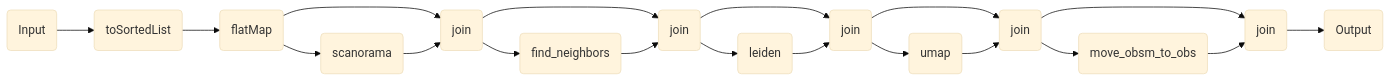
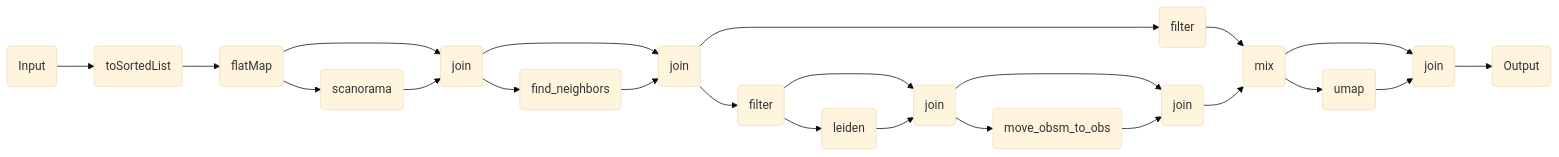
Before and after one commit to openpipelines-bio/website: the diagram in components/workflows/multiomics/integration/scanorama_leiden.qmd, drawn with Mermaid (base theme). The commit also changed other lines of this file and 92 other files, not shown here.

````diff
--- a/components/workflows/multiomics/integration/scanorama_leiden.qmd
+++ b/components/workflows/multiomics/integration/scanorama_leiden.qmd
@@ -157,37 +157,44 @@
 ```{mermaid}
 %%| column: screen-inset-shaded
 flowchart LR
     p0(Input)
     p2(toSortedList)
     p4(flatMap)
-    p11(scanorama)
-    p13(join)
-    p21(find_neighbors)
-    p23(join)
+    p10(scanorama)
+    p12(join)
+    p20(find_neighbors)
+    p22(join)
+    p25(filter)
     p31(leiden)
     p33(join)
-    p41(umap)
+    p41(move_obsm_to_obs)
     p43(join)
-    p51(move_obsm_to_obs)
-    p53(join)
-    p60(Output)
+    p47(mix)
+    p46(filter)
+    p53(umap)
+    p55(join)
+    p61(Output)
+    p46-->p47
     p0-->p2
     p2-->p4
-    p4-->p13
-    p4-->p11
-    p11-->p13
-    p13-->p23
-    p13-->p21
-    p21-->p23
-    p23-->p33
-    p23-->p31
+    p4-->p12
+    p4-->p10
+    p10-->p12
+    p12-->p22
+    p12-->p20
+    p20-->p22
+    p22-->p25
+    p22-->p46
+    p25-->p33
+    p25-->p31
     p31-->p33
     p33-->p43
     p33-->p41
     p41-->p43
-    p43-->p53
-    p43-->p51
-    p51-->p53
-    p53-->p60
+    p43-->p47
+    p47-->p55
+    p47-->p53
+    p53-->p55
+    p55-->p61
 
 ```
````
